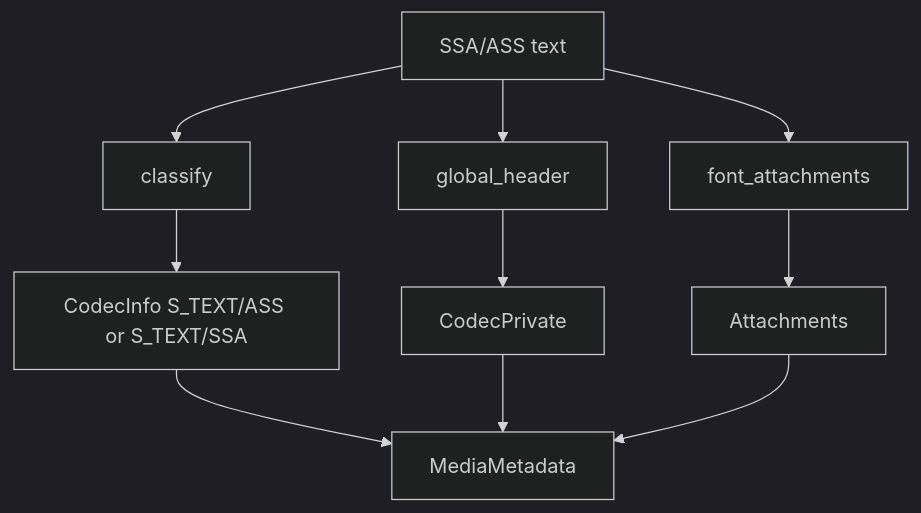
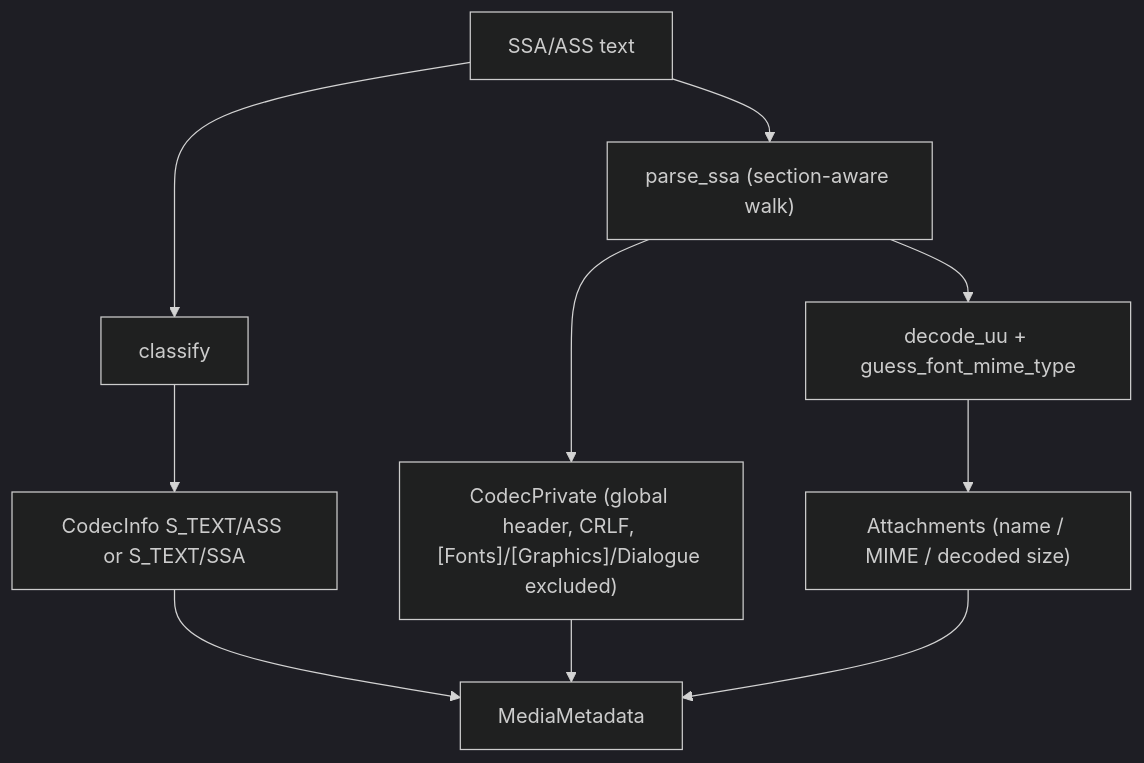
The diagram in docs/parsers/subtitles/ssa.md (caoccao/BatchMkvMerge), drawn with Mermaid (dark theme) before and after one commit. The commit also changed other lines of this file and 24 other files, not shown here.

````diff
--- a/docs/parsers/subtitles/ssa.md
+++ b/docs/parsers/subtitles/ssa.md
@@ -19,12 +22,12 @@
 ```mermaid
 flowchart TD
   A["SSA/ASS text"] --> B["classify"]
-  A --> C["global_header"]
-  A --> D["font_attachments"]
+  A --> P["parse_ssa (section-aware walk)"]
   B --> E["CodecInfo S_TEXT/ASS or S_TEXT/SSA"]
-  C --> F["CodecPrivate"]
-  D --> G["Attachments"]
+  P --> F["CodecPrivate (global header, CRLF, [Fonts]/[Graphics]/Dialogue excluded)"]
+  P --> D["decode_uu + guess_font_mime_type"]
+  D --> G["Attachments (name / MIME / decoded size)"]
   E --> H["MediaMetadata"]
   F --> H
   G --> H
 ```
````
